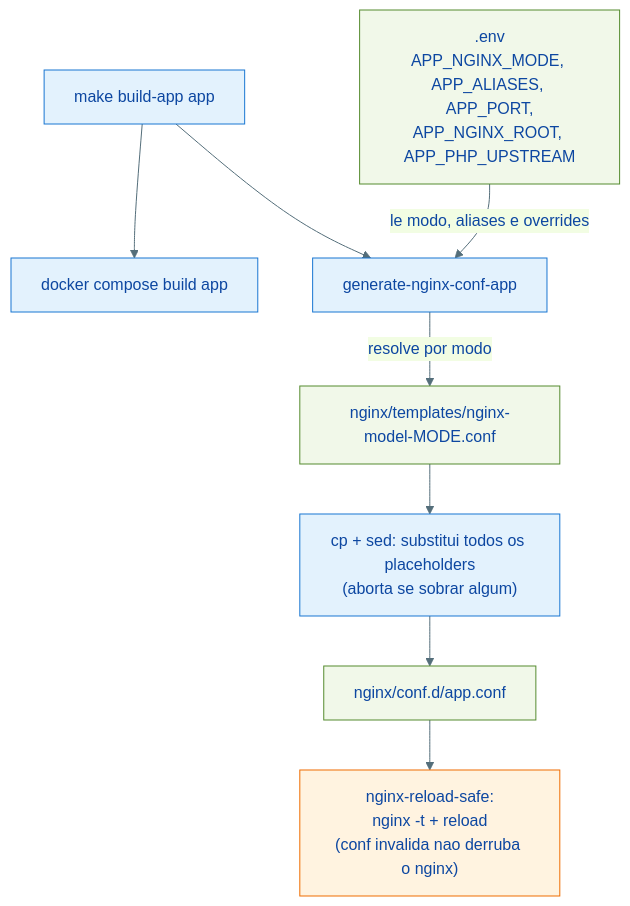
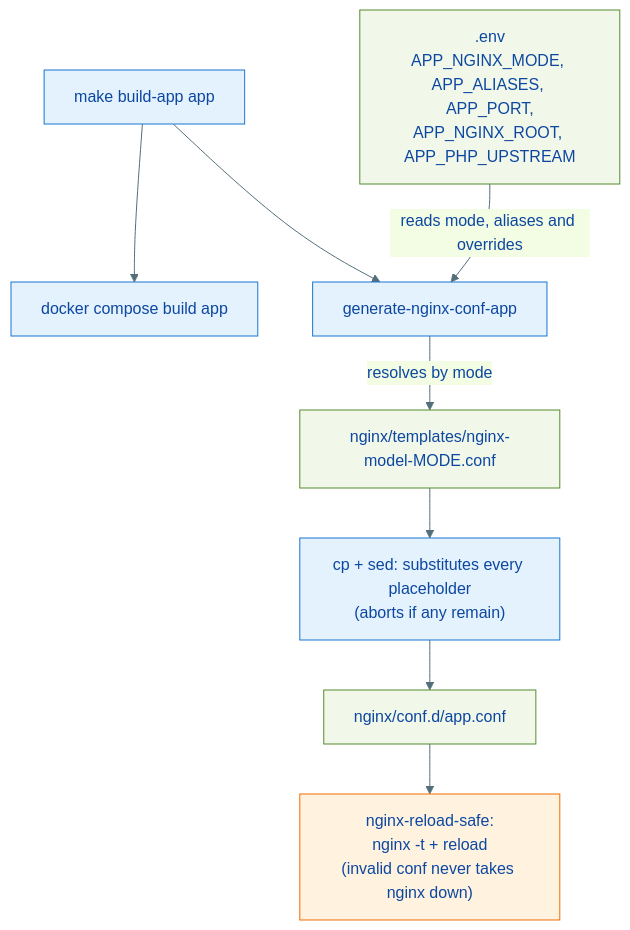
One commit to giacomeli/makephp changed the first of 2 diagrams in docs/nginx-ssl.md. Above: the diagram before and after it, drawn with Mermaid. The commit also changed other lines of this file and 43 other files, not shown here.

````diff
--- a/docs/nginx-ssl.md
+++ b/docs/nginx-ssl.md
@@ -49,27 +49,27 @@
 ```mermaid
 %%{init: {'theme':'base','themeVariables':{'primaryColor':'#E3F2FD','primaryTextColor':'#0D47A1','primaryBorderColor':'#1976D2','lineColor':'#546E7A'}}}%%
 flowchart TB
-    accTitle: Geracao de vhost Nginx a partir do .env
-    accDescr: O make build-app le o modo do app no .env, resolve o template correspondente, copia para conf.d, substitui os placeholders via sed e reinicia o nginx quando o modo nao e none.
+    accTitle: Nginx vhost generation from .env
+    accDescr: make build-app reads the app mode from .env, resolves the matching template, copies it to conf.d, substitutes placeholders via sed and safely reloads nginx after validating.
 
     classDef step fill:#E3F2FD,stroke:#1976D2
     classDef data fill:#F1F8E9,stroke:#558B2F
     classDef warn fill:#FFF3E0,stroke:#EF6C00
 
     ENV[".env<br>APP_NGINX_MODE, APP_ALIASES, APP_PORT,<br>APP_NGINX_ROOT, APP_PHP_UPSTREAM"]:::data
     CMD["make build-app app"]:::step
     BUILD["docker compose build app"]:::step
     GEN["generate-nginx-conf-app"]:::step
     TPL["nginx/templates/nginx-model-MODE.conf"]:::data
-    SED["cp + sed: substitui todos os placeholders<br>(aborta se sobrar algum)"]:::step
+    SED["cp + sed: substitutes every placeholder<br>(aborts if any remain)"]:::step
     OUT["nginx/conf.d/app.conf"]:::data
-    SAFE["nginx-reload-safe:<br>nginx -t + reload<br>(conf invalida nao derruba o nginx)"]:::warn
+    SAFE["nginx-reload-safe:<br>nginx -t + reload<br>(invalid conf never takes nginx down)"]:::warn
 
     CMD --> BUILD
-    ENV -- "le modo, aliases e overrides" --> GEN
+    ENV -- "reads mode, aliases and overrides" --> GEN
     CMD --> GEN
-    GEN -- "resolve por modo" --> TPL
+    GEN -- "resolves by mode" --> TPL
     TPL --> SED
     SED --> OUT
     OUT --> SAFE
 ```
````
